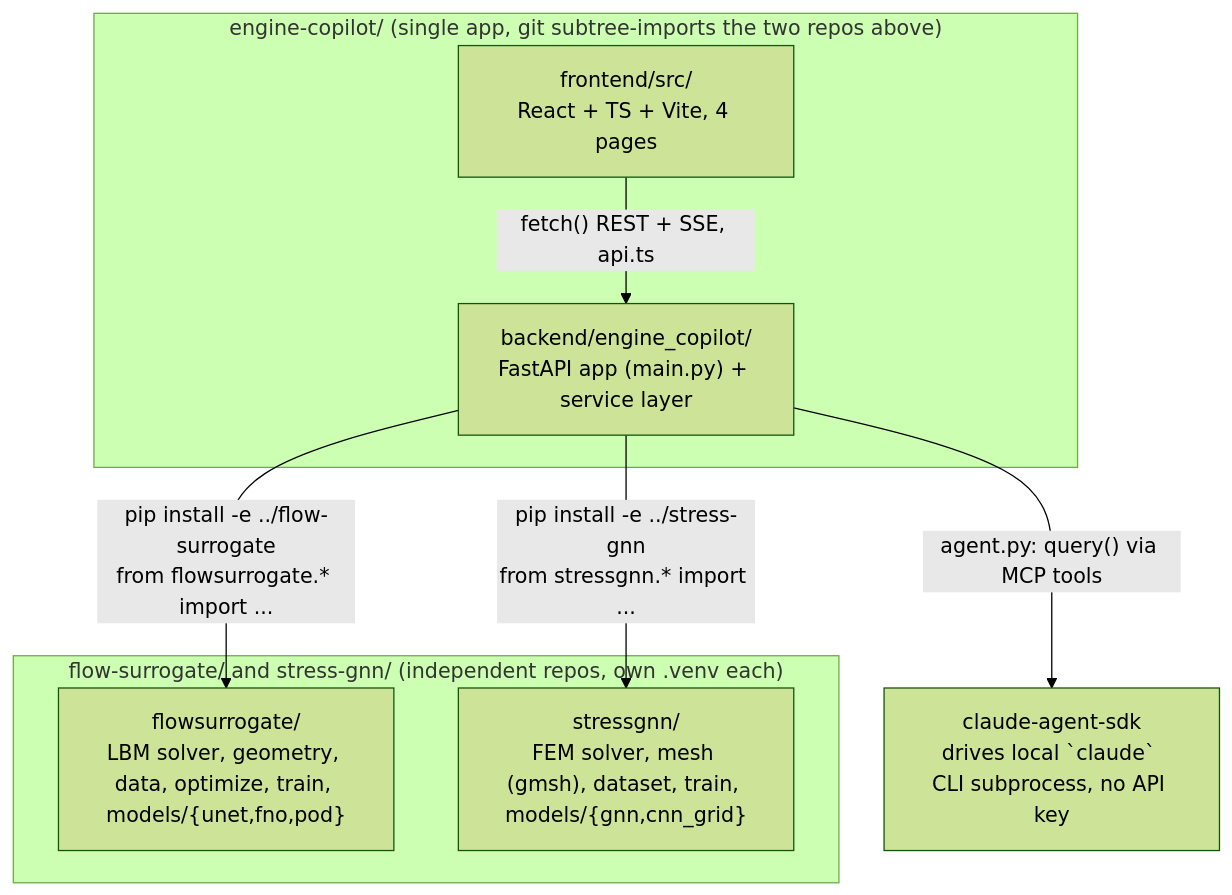
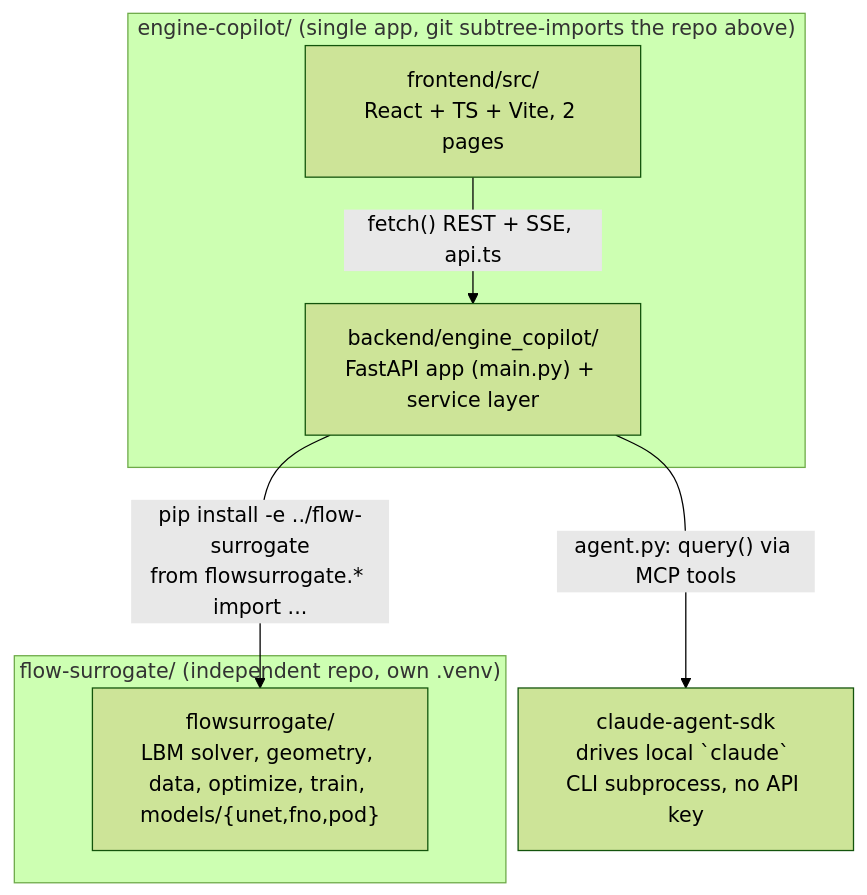
The diagram in KNOWLEDGE-GRAPH.md (PaulGregory1/surrogate-engineering), drawn with Mermaid (forest theme) before and after one commit. The commit also changed other lines of this file and 63 other files, not shown here.

First line of the commit message:
main: keep the Flow Lab only, move the Stress Lab to its own branch

````diff
--- a/KNOWLEDGE-GRAPH.md
+++ b/KNOWLEDGE-GRAPH.md
@@ -27,17 +39,15 @@
 ```mermaid
 graph TD
-  subgraph Research["flow-surrogate/ and stress-gnn/ (independent repos, own .venv each)"]
+  subgraph Research["flow-surrogate/ (independent repo, own .venv)"]
     FS["flowsurrogate/<br/>LBM solver, geometry, data, optimize, train, models/{unet,fno,pod}"]
-    SG["stressgnn/<br/>FEM solver, mesh (gmsh), dataset, train, models/{gnn,cnn_grid}"]
   end
-  subgraph Platform["engine-copilot/ (single app, git subtree-imports the two repos above)"]
+  subgraph Platform["engine-copilot/ (single app, git subtree-imports the repo above)"]
     BE["backend/engine_copilot/<br/>FastAPI app (main.py) + service layer"]
-    FE["frontend/src/<br/>React + TS + Vite, 4 pages"]
+    FE["frontend/src/<br/>React + TS + Vite, 2 pages"]
   end
   SDK["claude-agent-sdk<br/>drives local `claude` CLI subprocess, no API key"]
 
   BE -->|"pip install -e ../flow-surrogate<br/>from flowsurrogate.* import ..."| FS
-  BE -->|"pip install -e ../stress-gnn<br/>from stressgnn.* import ..."| SG
   BE -->|"agent.py: query() via MCP tools"| SDK
   FE -->|"fetch() REST + SSE, api.ts"| BE
 ```
````
